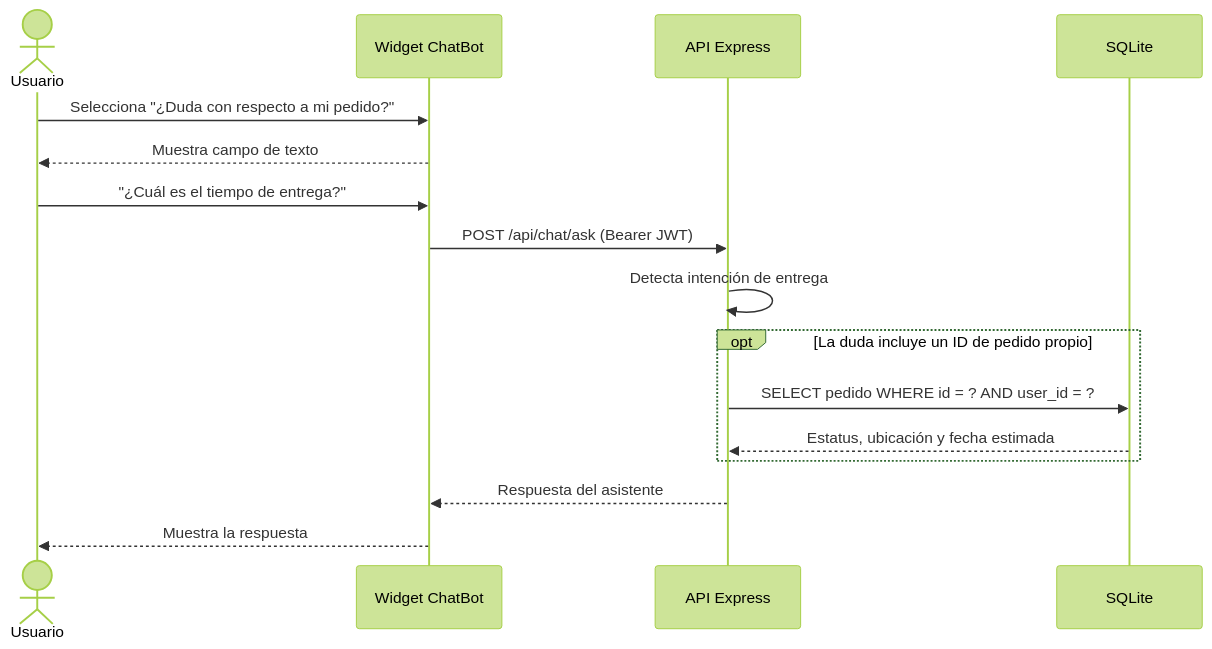
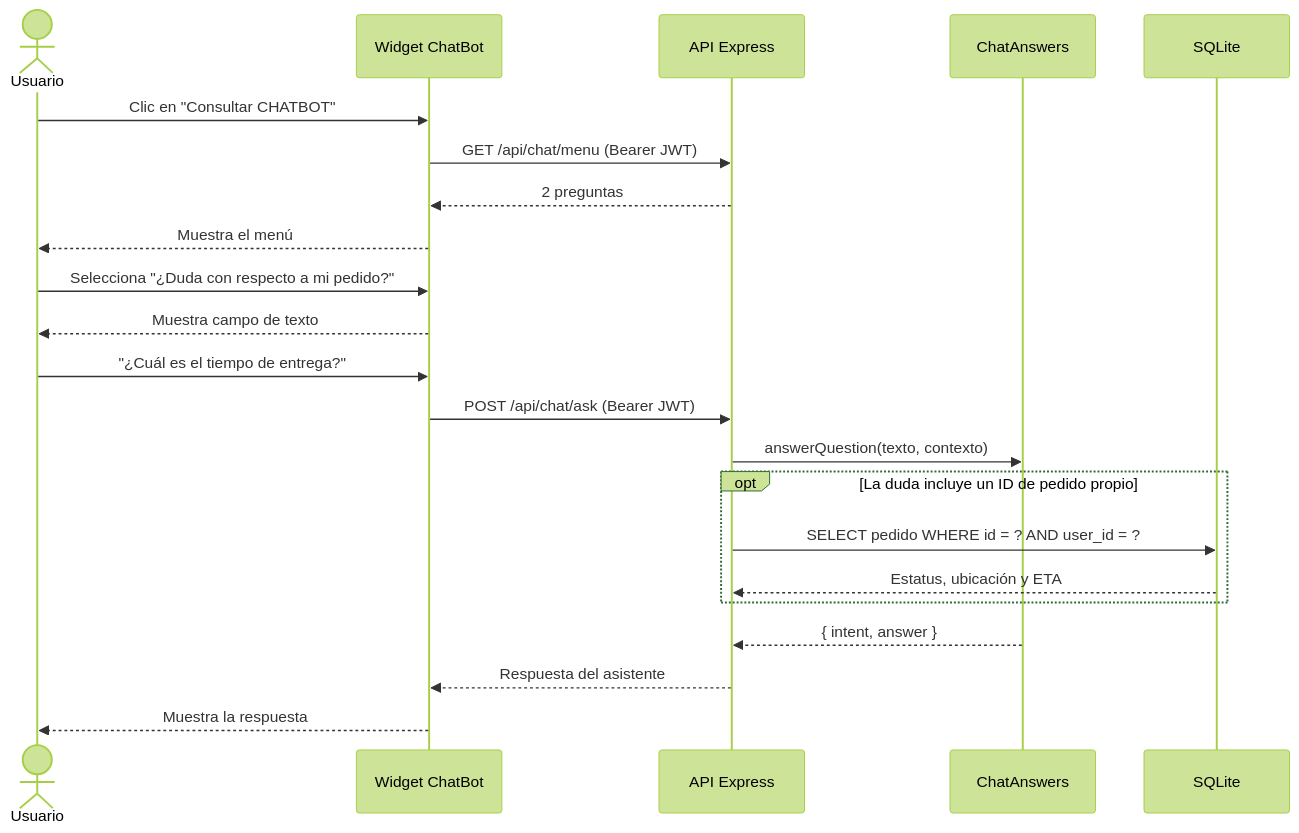
Before and after one commit to MelanyFT/Entrega-Parcial: the eighth of 8 diagrams in docs/diagramas.md, drawn with Mermaid (forest theme). The commit also changed other lines of this file and 15 other files, not shown here.

````diff
--- a/docs/diagramas.md
+++ b/docs/diagramas.md
@@ -97,19 +571,26 @@
 ```mermaid
 sequenceDiagram
   actor Usuario
   participant Widget as Widget ChatBot
   participant API as API Express
+  participant Answers as ChatAnswers
   participant DB as SQLite
+
+  Usuario->>Widget: Clic en "Consultar CHATBOT"
+  Widget->>API: GET /api/chat/menu (Bearer JWT)
+  API-->>Widget: 2 preguntas
+  Widget-->>Usuario: Muestra el menú
 
   Usuario->>Widget: Selecciona "¿Duda con respecto a mi pedido?"
   Widget-->>Usuario: Muestra campo de texto
   Usuario->>Widget: "¿Cuál es el tiempo de entrega?"
   Widget->>API: POST /api/chat/ask (Bearer JWT)
-  API->>API: Detecta intención de entrega
+  API->>Answers: answerQuestion(texto, contexto)
   opt La duda incluye un ID de pedido propio
     API->>DB: SELECT pedido WHERE id = ? AND user_id = ?
-    DB-->>API: Estatus, ubicación y fecha estimada
+    DB-->>API: Estatus, ubicación y ETA
   end
+  Answers-->>API: { intent, answer }
   API-->>Widget: Respuesta del asistente
   Widget-->>Usuario: Muestra la respuesta
 ```
````
